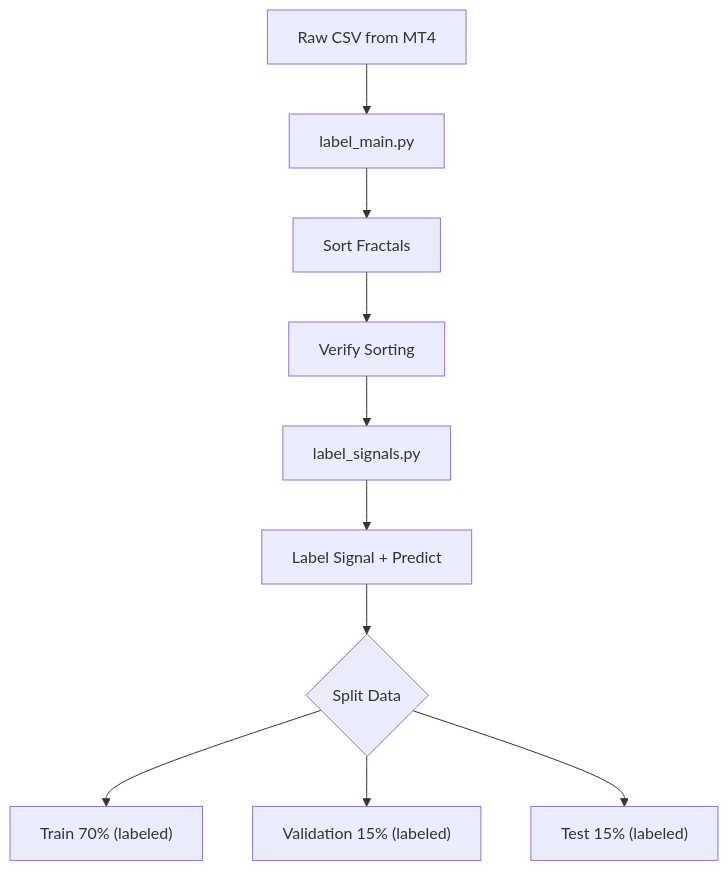
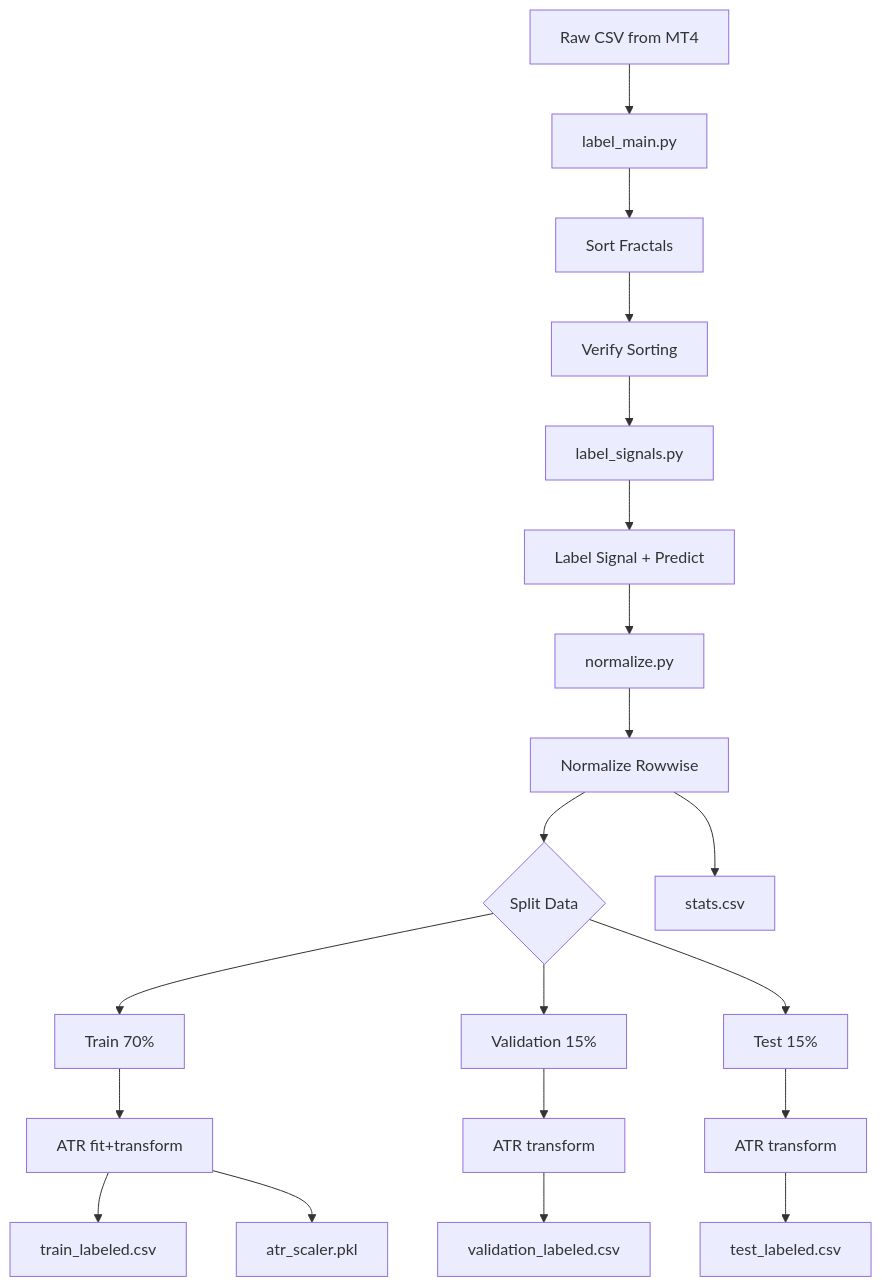
One commit to Hohlas/SoSimple changed the diagram in docs/data_preprocessing/data_labeling.md. Above: the diagram before and after it, drawn with Mermaid. The commit also changed other lines of this file and 2 other files, not shown here.

````diff
--- a/docs/data_preprocessing/data_labeling.md
+++ b/docs/data_preprocessing/data_labeling.md
@@ -34,12 +48,22 @@
 ```mermaid
 graph TD
     A[Raw CSV from MT4] --> B[label_main.py]
     B --> C[Sort Fractals]
     C --> D[Verify Sorting]
     D --> E[label_signals.py]
     E --> F[Label Signal + Predict]
-    F --> G{Split Data}
-    G --> H["Train 70% (labeled)"]
-    G --> I["Validation 15% (labeled)"]
-    G --> J["Test 15% (labeled)"]
+    F --> G[normalize.py]
+    G --> H[Normalize Rowwise]
+    H --> I{Split Data}
+    I --> J[Train 70%]
+    I --> K[Validation 15%]
+    I --> L[Test 15%]
+    J --> M[ATR fit+transform]
+    K --> N[ATR transform]
+    L --> O[ATR transform]
+    M --> P[train_labeled.csv]
+    N --> Q[validation_labeled.csv]
+    O --> R[test_labeled.csv]
+    M --> S[atr_scaler.pkl]
+    H --> T[stats.csv]
 ```
````
